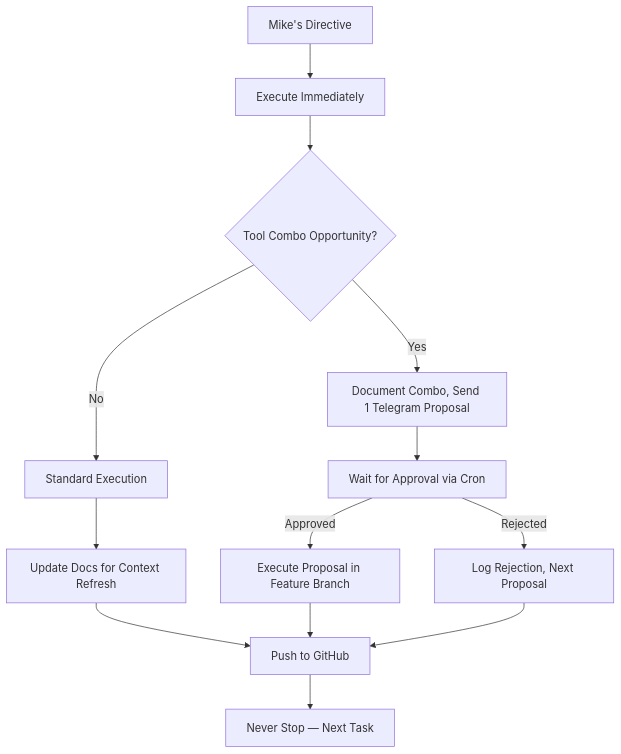
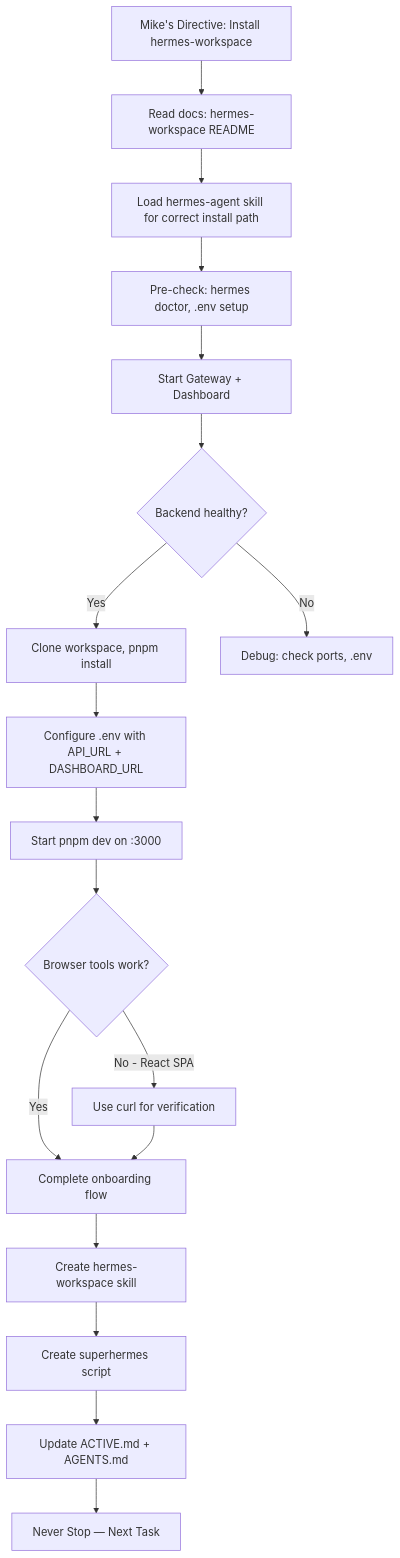
One commit to Reperion/XO-2026 changed the diagram in active/ACTIVE.md. Above: the diagram before and after it, drawn with Mermaid. The commit also changed other lines of this file and 1 other file, not shown here.

Commit message:
xo: test claude-code — installed v2.1.4, blocked by auth; patch skill (fix --text flag), mark inventory ⏸️

````diff
--- a/active/ACTIVE.md
+++ b/active/ACTIVE.md
@@ -44,15 +40,20 @@
 ```mermaid
 flowchart TD
-    A[Mike's Directive] --> B[Execute Immediately]
-    B --> C{Tool Combo Opportunity?}
-    C -->|Yes| D[Document Combo, Send 1 Telegram Proposal]
-    C -->|No| E[Standard Execution]
-    D --> F[Wait for Approval via Cron]
-    E --> G[Update Docs for Context Refresh]
-    F -->|Approved| H[Execute Proposal in Feature Branch]
-    F -->|Rejected| I[Log Rejection, Next Proposal]
-    G --> J[Push to GitHub]
-    H --> J
-    I --> J
-    J --> K[Never Stop — Next Task]
+    A[Mike's Directive: Install hermes-workspace] --> B[Read docs: hermes-workspace README]
+    B --> C[Load hermes-agent skill for correct install path]
+    C --> D[Pre-check: hermes doctor, .env setup]
+    D --> E[Start Gateway + Dashboard]
+    E --> F{Backend healthy?}
+    F -->|Yes| G[Clone workspace, pnpm install]
+    F -->|No| H[Debug: check ports, .env]
+    G --> I[Configure .env with API_URL + DASHBOARD_URL]
+    I --> J[Start pnpm dev on :3000]
+    J --> K{Browser tools work?}
+    K -->|No - React SPA| L[Use curl for verification]
+    K -->|Yes| M[Complete onboarding flow]
+    L --> M
+    M --> N[Create hermes-workspace skill]
+    N --> O[Create superhermes script]
+    O --> P[Update ACTIVE.md + AGENTS.md]
+    P --> Q[Never Stop — Next Task]
 ```
````
